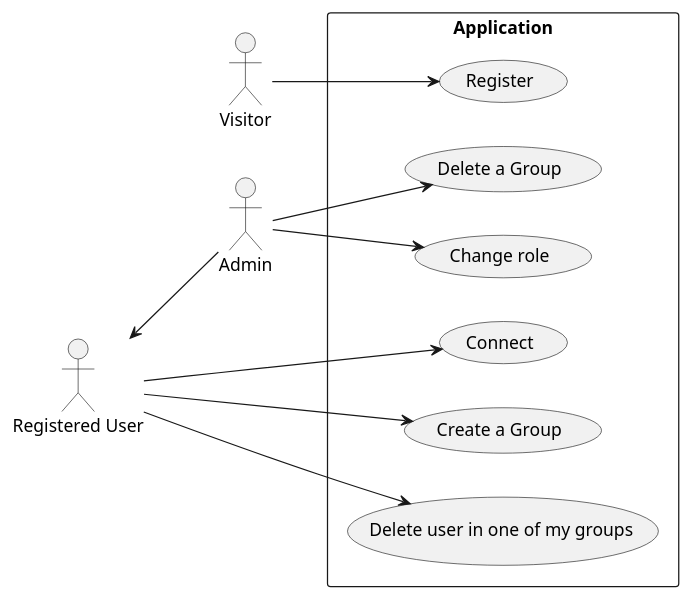
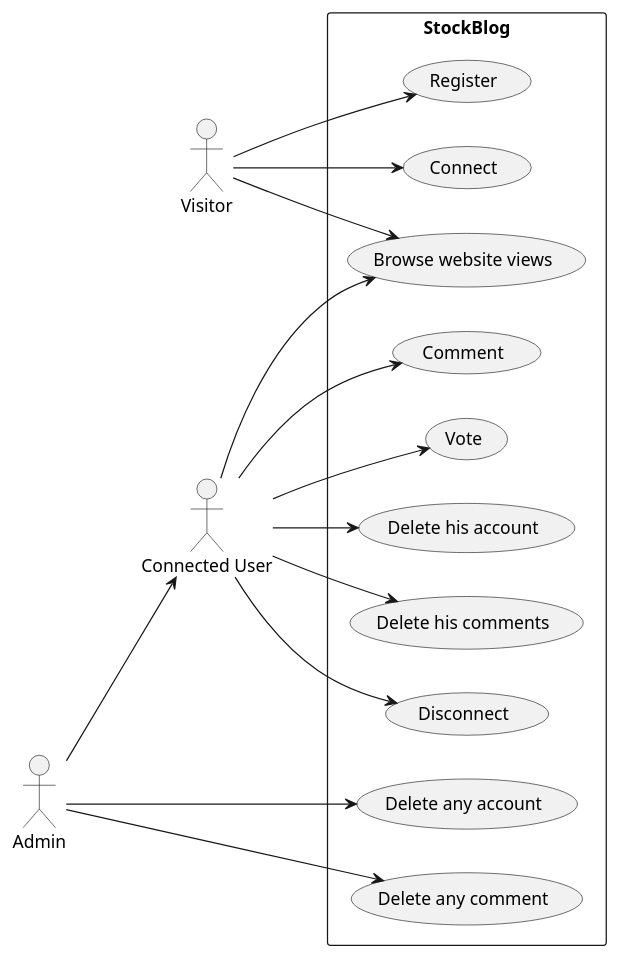
Before and after one commit to MatthMig/StockBlog: the first of 3 diagrams in README.md, drawn with PlantUML. The commit also changed other lines of this file, not shown here.

````diff
--- a/README.md
+++ b/README.md
@@ -15,24 +14,32 @@
 ```plantuml
 @startuml
 left to right direction
 actor "Visitor" as v
-actor "Registered User" as u
+actor "Connected User" as cu
 actor "Admin" as a
-u <-- a
-rectangle Application {
+rectangle StockBlog {
   usecase "Register" as R
-  usecase "Connect" as C
-  usecase "Create a Group" as CG
-  usecase "Add user in one of my groups" as AU
-  usecase "Delete user in one of my groups" as AU
-  usecase "Delete a Group" as DG
-  usecase "Change role" as CR
+  usecase "Connect" as CN
+  usecase "Browse website views" as BWV
+  usecase "Comment" as CM
+  usecase "Vote" as V
+  usecase "Delete his account" as DHA
+  usecase "Delete his comments" as DHC
+  usecase "Disconnect" as D
+  usecase "Delete any account" as DAA
+  usecase "Delete any comment" as DAC
 }
-a --> DG
-a --> CR
 v --> R
-u --> C
-u --> AU
-u --> CG
+v --> CN
+v --> BWV
+cu --> BWV
+cu --> CM
+cu --> V
+cu --> DHA
+cu --> DHC
+cu --> D
+a --> DAA
+a --> DAC
+a --> cu
 @enduml
 ```
````
